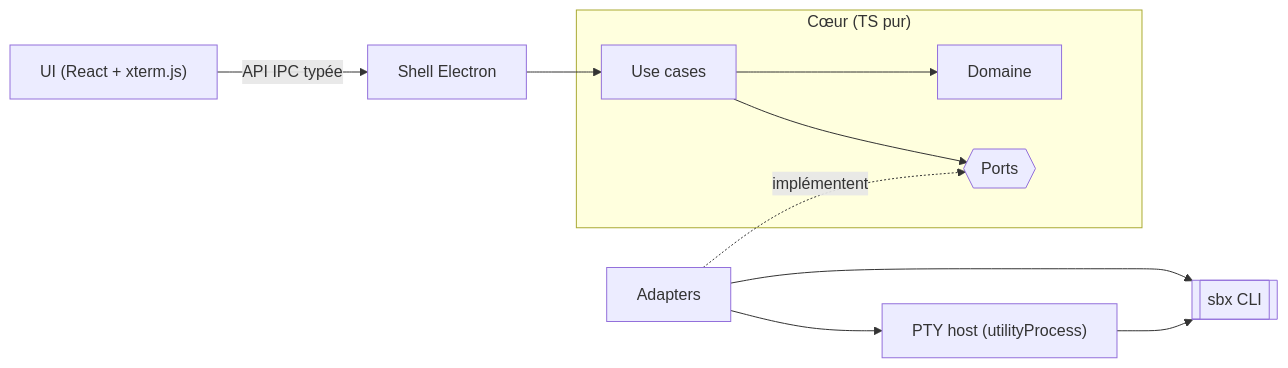
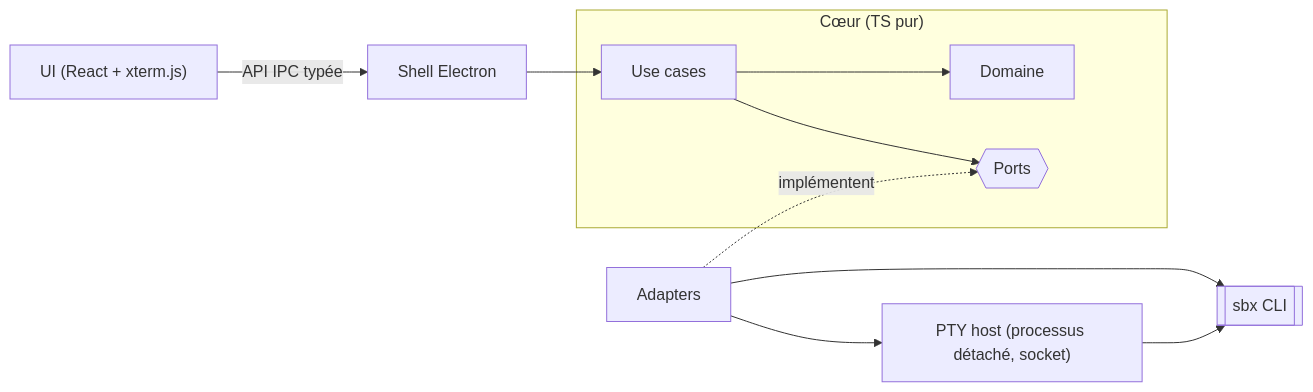
Before and after one commit to Crocogiciel-Studio/sandy: the diagram in aidd_docs/memory/architecture.md, drawn with Mermaid. The commit also changed other lines of this file and 39 other files, not shown here.

````diff
--- a/aidd_docs/memory/architecture.md
+++ b/aidd_docs/memory/architecture.md
@@ -12,12 +12,12 @@
 ```mermaid
 flowchart LR
   UI["UI (React + xterm.js)"] -->|API IPC typée| SHELL["Shell Electron"]
   SHELL --> UC
   subgraph CORE["Cœur (TS pur)"]
     UC[Use cases] --> DOM[Domaine]
     UC --> PORTS{{Ports}}
   end
   ADP[Adapters] -.implémentent.-> PORTS
   ADP --> CLI[[sbx CLI]]
-  ADP --> PTYH["PTY host (utilityProcess)"] --> CLI
+  ADP --> PTYH["PTY host (processus détaché, socket)"] --> CLI
 ```
````
